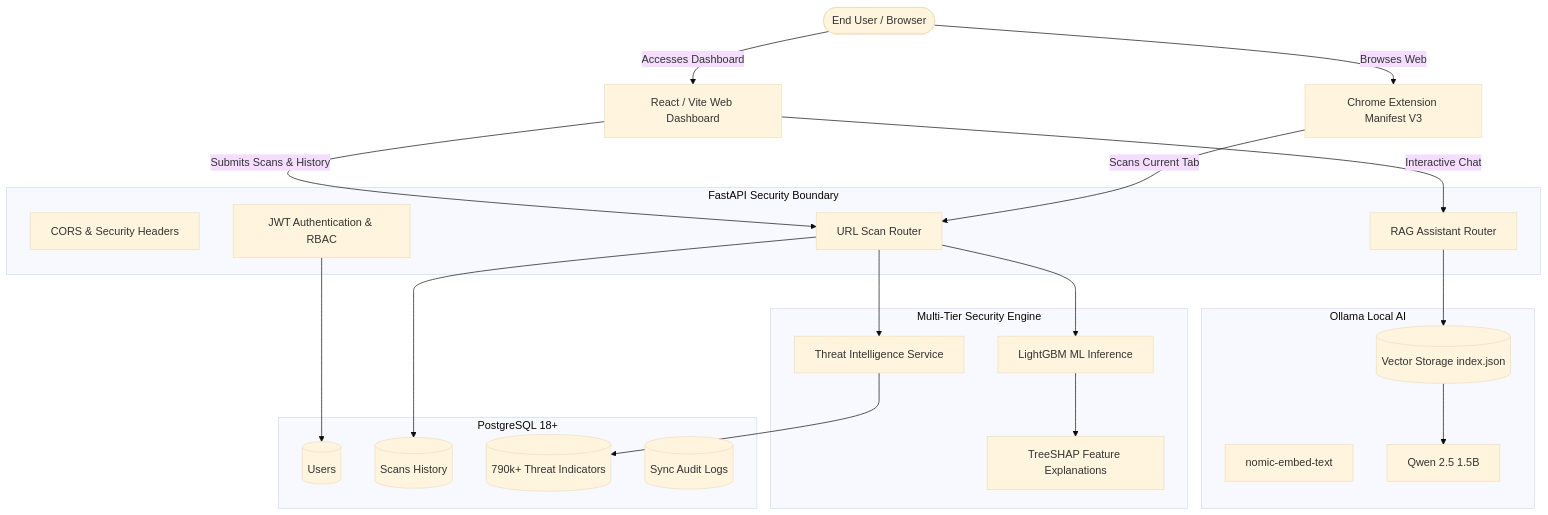
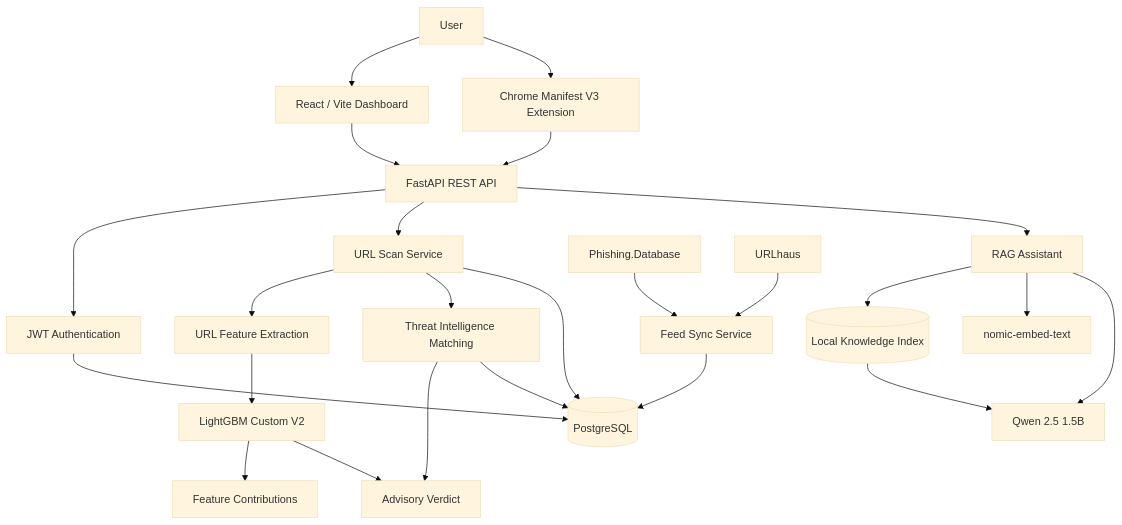
One commit to Shubham976722/PhishGuard_X changed the diagram in README.md. Above: the diagram before and after it, drawn with Mermaid (base theme). The commit also changed other lines of this file, not shown here.

````diff
--- a/README.md
+++ b/README.md
@@ -11,46 +41,26 @@
 ```mermaid
 flowchart TD
-    User([End User / Browser]) -->|Browses Web| Ext[Chrome Extension Manifest V3]
-    User -->|Accesses Dashboard| Web[React / Vite Web Dashboard]
-
-    subgraph API Boundary [FastAPI Security Boundary]
-        CORS[CORS & Security Headers]
-        Auth[JWT Authentication & RBAC]
-        ScanRouter[URL Scan Router]
-        AssistRouter[RAG Assistant Router]
-    end
-
-    Ext -->|Scans Current Tab| ScanRouter
-    Web -->|Submits Scans & History| ScanRouter
-    Web -->|Interactive Chat| AssistRouter
-
-    subgraph Detection Engine [Multi-Tier Security Engine]
-        ThreatIntel[Threat Intelligence Service]
-        MLService[LightGBM ML Inference]
-        TreeSHAP[TreeSHAP Feature Explanations]
-    end
-
-    ScanRouter --> ThreatIntel
-    ScanRouter --> MLService
-    MLService --> TreeSHAP
-
-    subgraph Persistence [PostgreSQL 18+]
-        DB_Users[(Users)]
-        DB_Scans[(Scans History)]
-        DB_Threats[(790k+ Threat Indicators)]
-        DB_Syncs[(Sync Audit Logs)]
-    end
-
-    ThreatIntel --> DB_Threats
-    ScanRouter --> DB_Scans
-    Auth --> DB_Users
-
-    subgraph Offline RAG Assistant [Ollama Local AI]
-        EmbedModel[nomic-embed-text]
-        VectorStore[(Vector Storage index.json)]
-        LLM[Qwen 2.5 1.5B]
-    end
-
-    AssistRouter --> VectorStore
-    VectorStore --> LLM
+    U[User] --> W[React / Vite Dashboard]
+    U --> E[Chrome Manifest V3 Extension]
+    W --> A[FastAPI REST API]
+    E --> A
+    A --> J[JWT Authentication]
+    A --> S[URL Scan Service]
+    A --> R[RAG Assistant]
+    S --> F[URL Feature Extraction]
+    F --> M[LightGBM Custom V2]
+    M --> X[Feature Contributions]
+    S --> T[Threat Intelligence Matching]
+    M --> V[Advisory Verdict]
+    T --> V
+    J --> D[(PostgreSQL)]
+    S --> D
+    T --> D
+    P[Phishing.Database] --> I[Feed Sync Service]
+    H[URLhaus] --> I
+    I --> D
+    R --> K[(Local Knowledge Index)]
+    R --> N[nomic-embed-text]
+    K --> Q[Qwen 2.5 1.5B]
+    R --> Q
 ```
````
